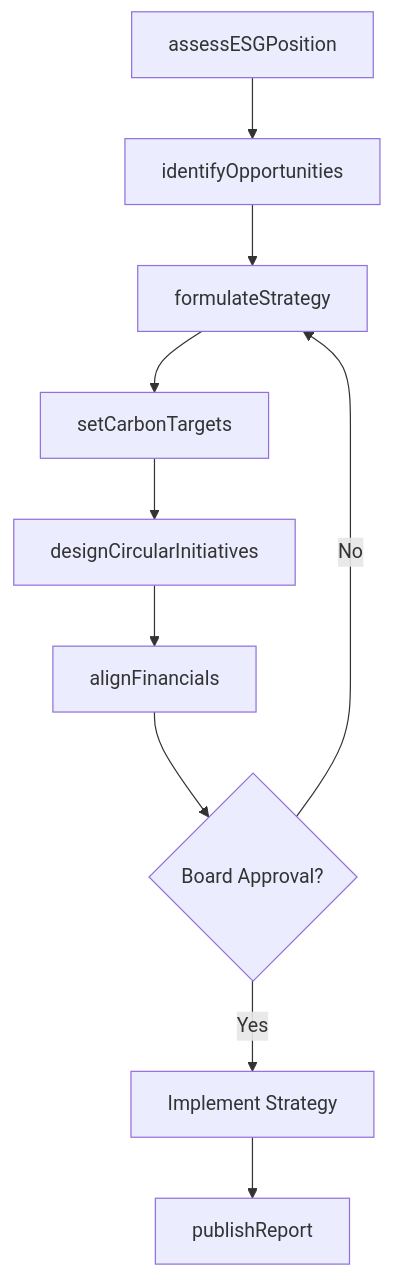
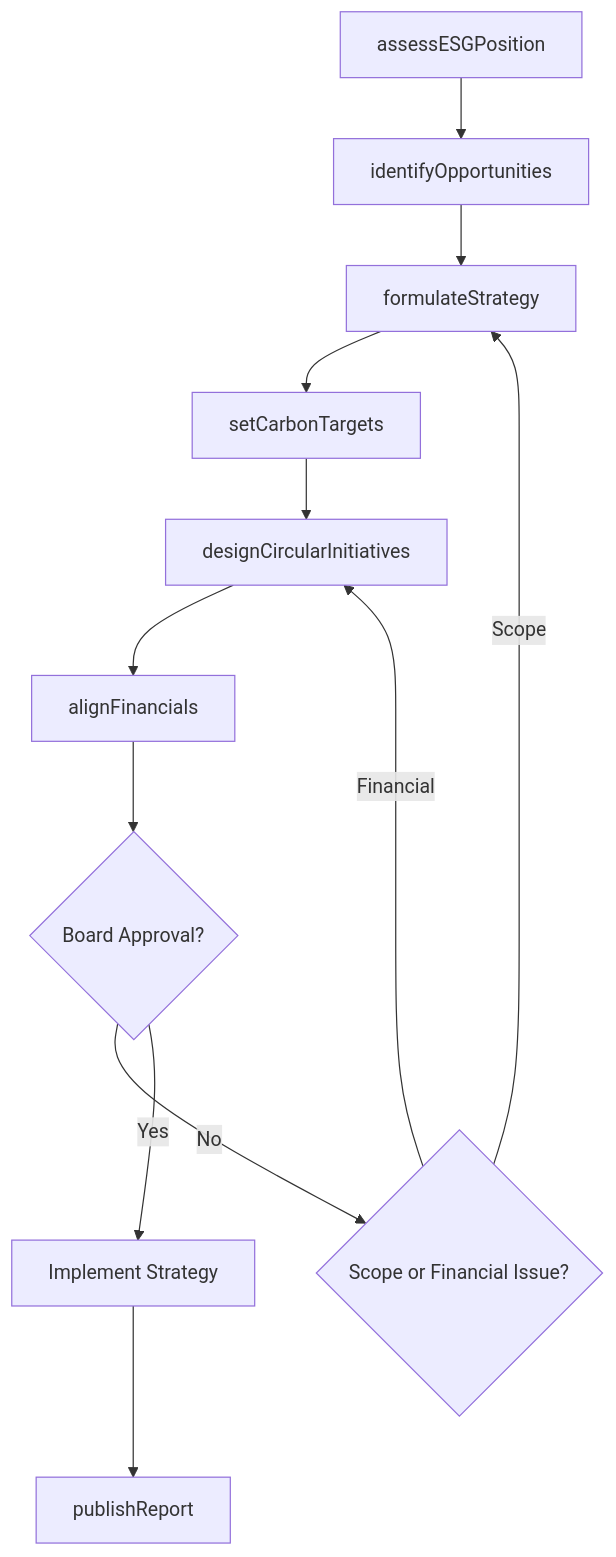
Before and after one commit to dot-org-ai/tasks.org.ai: the third of 4 diagrams in ThinkingCreatively/DevelopSustainableOrganizationalOrBusinessPoliciesOrPractices/DevelopSustainableBusinessStrategiesPractices.mdx, drawn with Mermaid. The commit also changed other lines of this file and 266 other files, not shown here.

First line of the commit message:
feat: Add ER diagrams, state diagrams to wave 2 batch (251 DWA files)

````diff
--- a/ThinkingCreatively/DevelopSustainableOrganizationalOrBusinessPoliciesOrPractices/DevelopSustainableBusinessStrategiesPractices.mdx
+++ b/ThinkingCreatively/DevelopSustainableOrganizationalOrBusinessPoliciesOrPractices/DevelopSustainableBusinessStrategiesPractices.mdx
@@ -87,12 +117,14 @@
 ```mermaid
 graph TD
     A[assessESGPosition] --> B[identifyOpportunities]
     B --> C[formulateStrategy]
     C --> D[setCarbonTargets]
     D --> E[designCircularInitiatives]
     E --> F[alignFinancials]
     F --> G{Board Approval?}
-    G -->|Yes| H[Implement Strategy]
-    G -->|No| C
-    H --> I[publishReport]
+    G -->|No| H{Scope or Financial Issue?}
+    H -->|Scope| C
+    H -->|Financial| E
+    G -->|Yes| I[Implement Strategy]
+    I --> J[publishReport]
 ```
````
